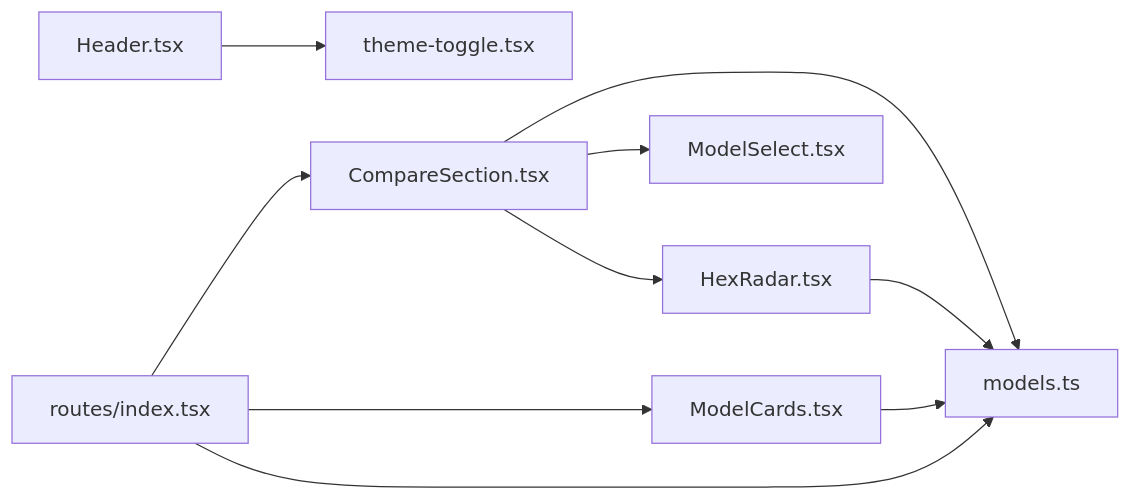
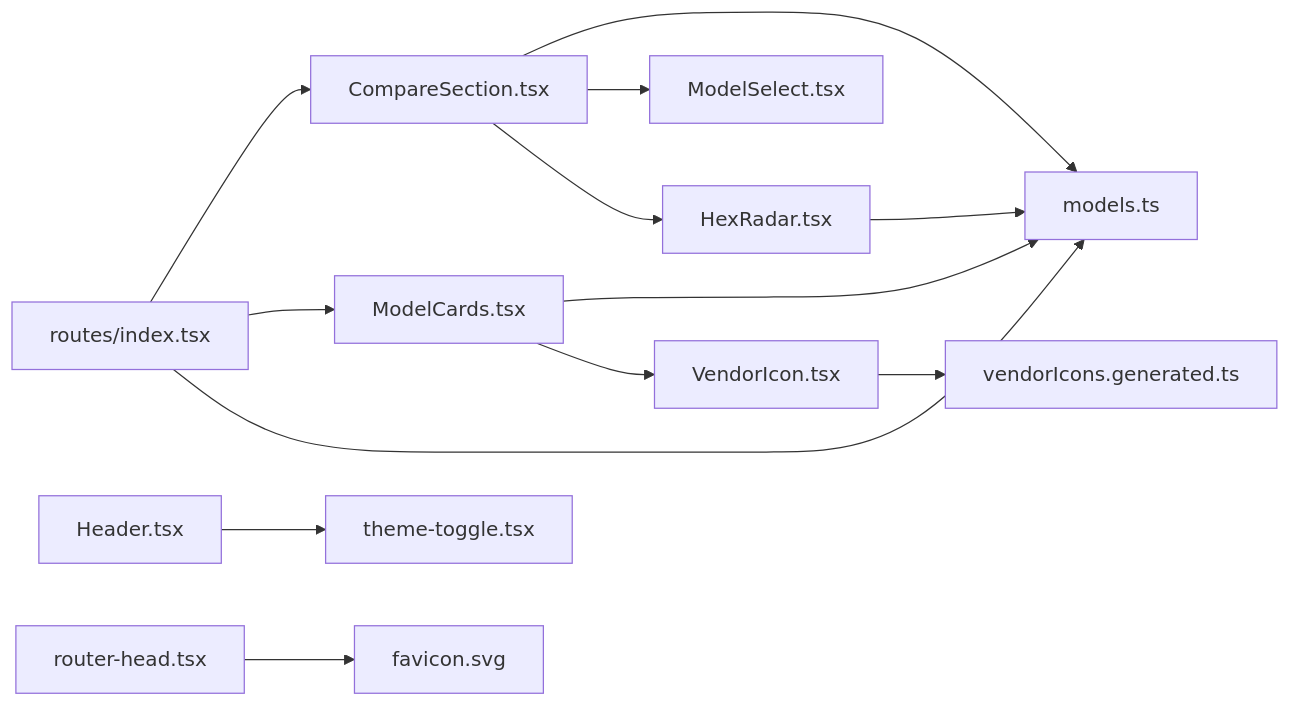
One commit to delirium-dj/modelcomp changed the fifth of 5 diagrams in .qoder/repowiki/en/content/User Interface Components/User Interface Components.md. Above: the diagram before and after it, drawn with Mermaid. The commit also changed other lines of this file and 141 other files, not shown here.

````diff
--- a/.qoder/repowiki/en/content/User Interface Components/User Interface Components.md
+++ b/.qoder/repowiki/en/content/User Interface Components/User Interface Components.md
@@ -424,12 +482,15 @@
 ```mermaid
 graph LR
 CompareSection["CompareSection.tsx"] --> Models["models.ts"]
 CompareSection --> ModelSelect["ModelSelect.tsx"]
 CompareSection --> HexRadar["HexRadar.tsx"]
 ModelCards["ModelCards.tsx"] --> Models
+ModelCards --> VendorIcon["VendorIcon.tsx"]
 HexRadar["HexRadar.tsx"] --> Models
 IndexRoute["routes/index.tsx"] --> CompareSection
 IndexRoute --> ModelCards
 IndexRoute --> Models
 Header["Header.tsx"] --> ThemeToggle["theme-toggle.tsx"]
+VendorIcon["VendorIcon.tsx"] --> Generated["vendorIcons.generated.ts"]
+RouterHead["router-head.tsx"] --> Favicon["favicon.svg"]
 ```
````
